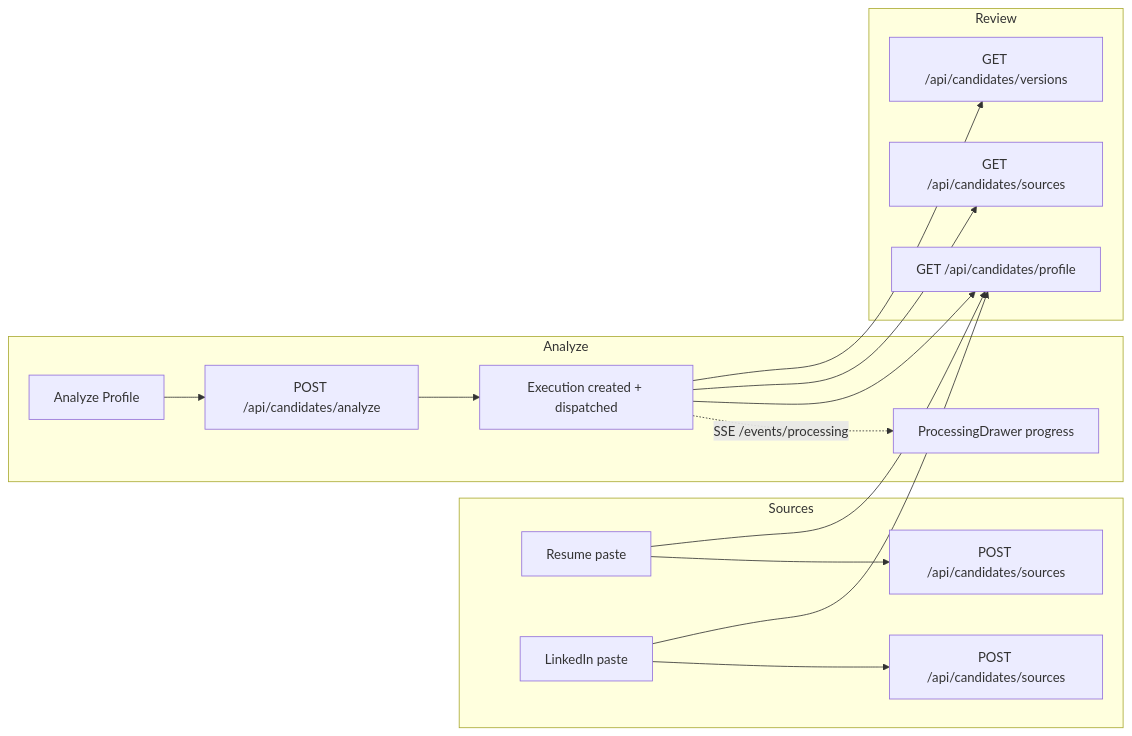
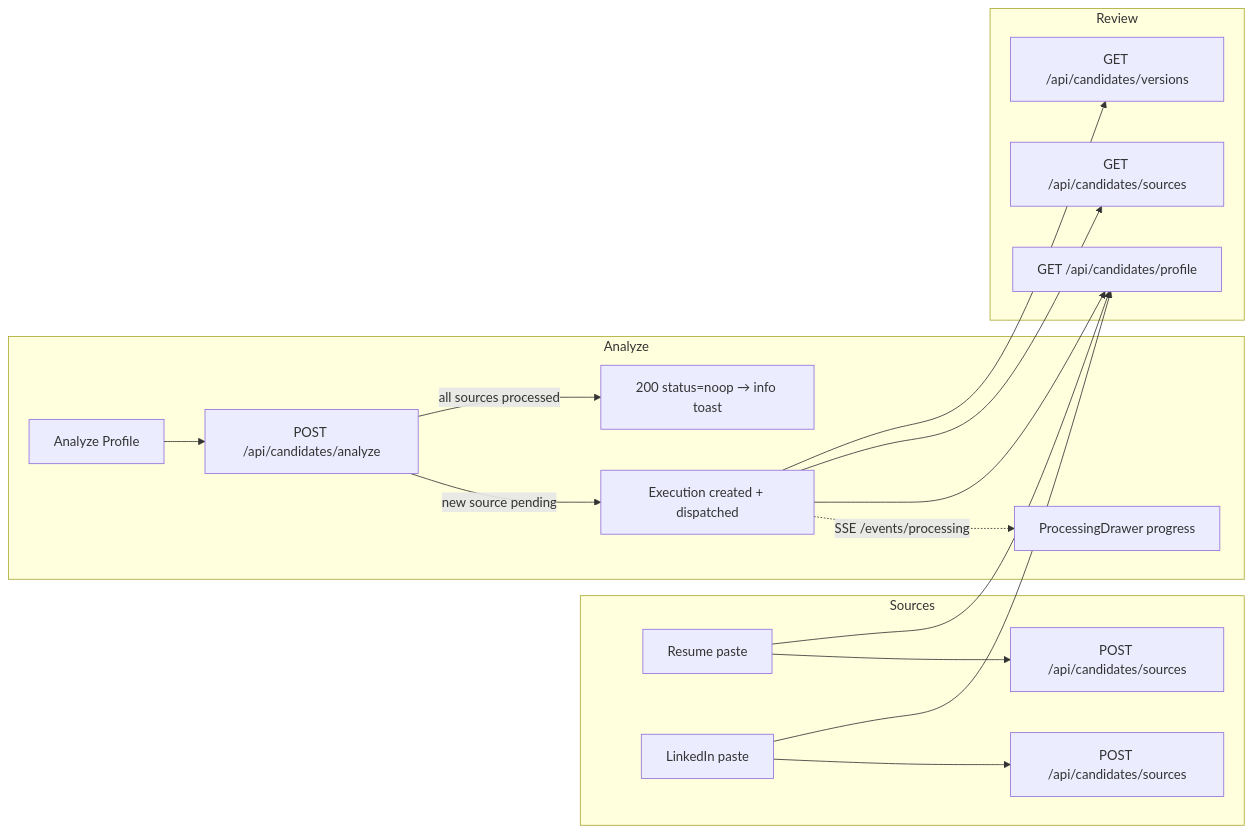
Before and after one commit to hassan-mohagheghian/career-os: the first of 3 diagrams in docs/ux/features/candidate/profile-import.md, drawn with Mermaid. The commit also changed other lines of this file and 12 other files, not shown here.

First line of the commit message:
feat(candidates): add analyze no-op feedback and source status sync

````diff
--- a/docs/ux/features/candidate/profile-import.md
+++ b/docs/ux/features/candidate/profile-import.md
@@ -111,22 +118,23 @@
 ```mermaid
 flowchart LR
     subgraph Sources
         R[Resume paste] --> RS[POST /api/candidates/sources]
         L[LinkedIn paste] --> LS[POST /api/candidates/sources]
     end
     subgraph Analyze
         A[Analyze Profile] --> AP[POST /api/candidates/analyze]
-        AP --> EX[Execution created + dispatched]
+        AP -->|new source pending| EX[Execution created + dispatched]
         EX -. SSE /events/processing .-> W[ProcessingDrawer progress]
+        AP -->|all sources processed| NOOP[200 status=noop → info toast]
     end
     subgraph Review
         P[GET /api/candidates/profile]
         S[GET /api/candidates/sources]
         V[GET /api/candidates/versions]
     end
     EX --> P
     EX --> S
     EX --> V
     R --> P
     L --> P
 ```
````
